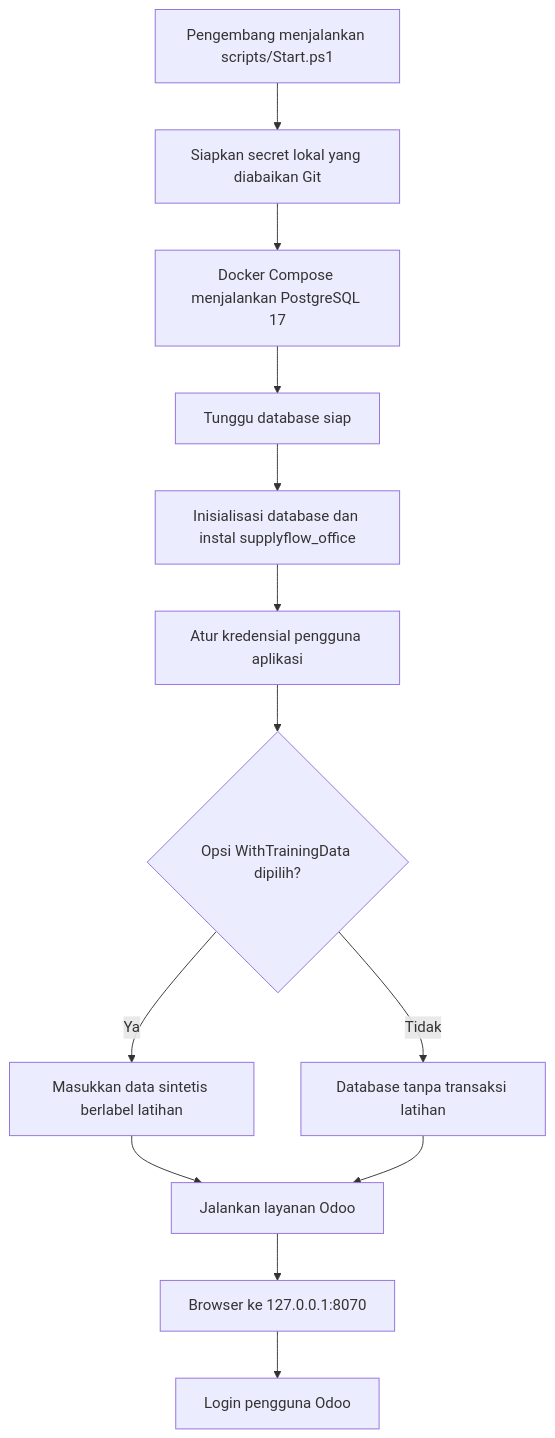
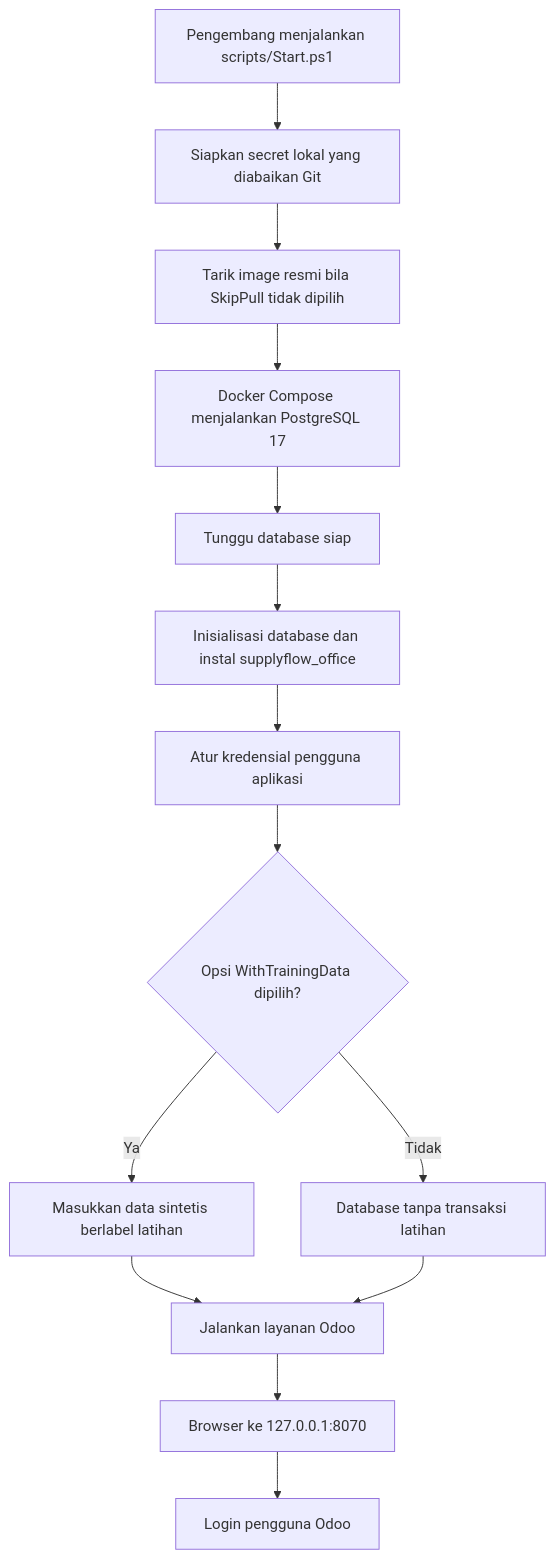
The fifth of 6 diagrams in docs/FLOWS.md (zalamanga/supplyflow-odoo), drawn with Mermaid before and after one commit. The commit also changed other lines of this file and 65 other files, not shown here.

````diff
--- a/docs/FLOWS.md
+++ b/docs/FLOWS.md
@@ -111,15 +109,16 @@
 ```mermaid
 flowchart TD
     A[Pengembang menjalankan scripts/Start.ps1] --> B[Siapkan secret lokal yang diabaikan Git]
-    B --> C[Docker Compose menjalankan PostgreSQL 17]
+    B --> P[Tarik image resmi bila SkipPull tidak dipilih]
+    P --> C[Docker Compose menjalankan PostgreSQL 17]
     C --> D[Tunggu database siap]
     D --> E[Inisialisasi database dan instal supplyflow_office]
     E --> F[Atur kredensial pengguna aplikasi]
     F --> G{Opsi WithTrainingData dipilih?}
     G -- Ya --> H[Masukkan data sintetis berlabel latihan]
     G -- Tidak --> I[Database tanpa transaksi latihan]
     H --> J[Jalankan layanan Odoo]
     I --> J
     J --> K[Browser ke 127.0.0.1:8070]
     K --> L[Login pengguna Odoo]
 ```
````
